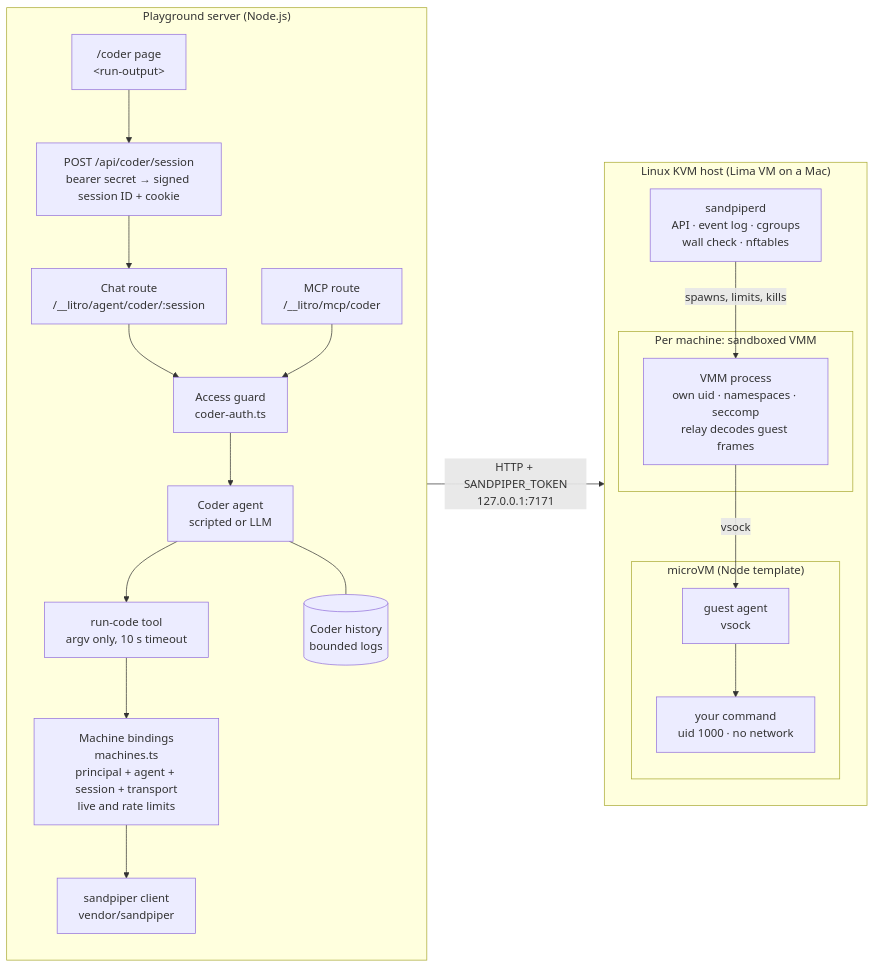
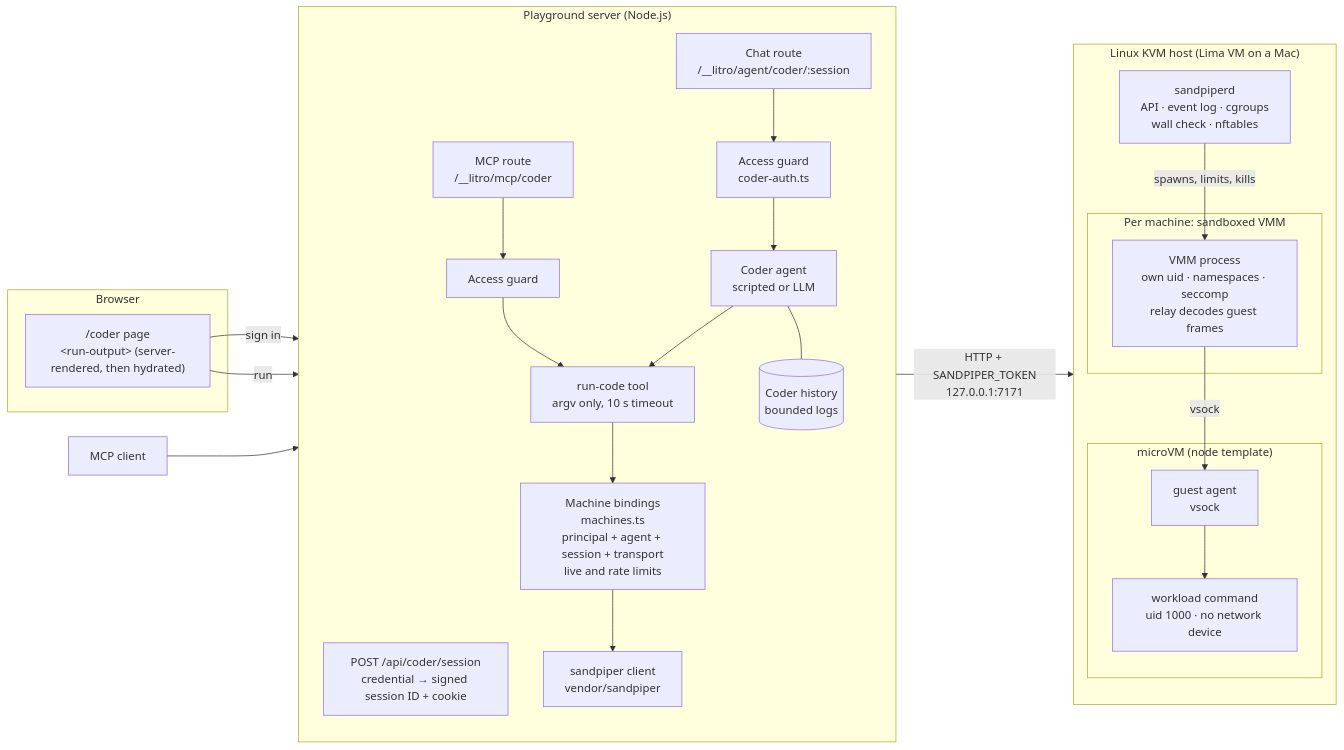
One commit to beatzball/litro changed the diagram in playground/README.md. Above: the diagram before and after it, drawn with Mermaid. The commit also changed other lines of this file, not shown here.

Commit message:
docs(playground): correct the coder architecture diagram

````diff
--- a/playground/README.md
+++ b/playground/README.md
@@ -8,37 +8,43 @@
 ```mermaid
 flowchart LR
-  subgraph mac["Playground server (Node.js)"]
+  subgraph browser["Browser"]
+    page["/coder page<br/>&lt;run-output&gt; (server-rendered, then hydrated)"]
+  end
+  mcpc["MCP client"]
+
+  subgraph server["Playground server (Node.js)"]
     direction TB
-    page["/coder page<br/>&lt;run-output&gt;"]
-    login["POST /api/coder/session<br/>bearer secret → signed session ID + cookie"]
+    login["POST /api/coder/session<br/>credential → signed session ID + cookie"]
     route["Chat route<br/>/__litro/agent/coder/:session"]
     mcp["MCP route<br/>/__litro/mcp/coder"]
     guard["Access guard<br/>coder-auth.ts"]
     agent["Coder agent<br/>scripted or LLM"]
+    store[("Coder history<br/>bounded logs")]
     tool["run-code tool<br/>argv only, 10 s timeout"]
     bind["Machine bindings<br/>machines.ts<br/>principal + agent + session + transport<br/>live and rate limits"]
-    store[("Coder history<br/>bounded logs")]
     client["sandpiper client<br/>vendor/sandpiper"]
-    page --> login --> route
-    route --> guard
-    mcp --> guard
-    guard --> agent --> tool --> bind --> client
+    route --> guard --> agent --> tool
     agent --- store
+    mcp --> guard2["Access guard"] --> tool
+    tool --> bind --> client
   end
 
   subgraph host["Linux KVM host (Lima VM on a Mac)"]
     direction TB
     daemon["sandpiperd<br/>API · event log · cgroups<br/>wall check · nftables"]
     subgraph jail["Per machine: sandboxed VMM"]
       vmm["VMM process<br/>own uid · namespaces · seccomp<br/>relay decodes guest frames"]
     end
-    subgraph vm["microVM (Node template)"]
+    subgraph vm["microVM (node template)"]
       guest["guest agent<br/>vsock"]
-      work["your command<br/>uid 1000 · no network"]
+      work["workload command<br/>uid 1000 · no network device"]
     end
     daemon -->|"spawns, limits, kills"| vmm
     vmm -->|vsock| guest --> work
   end
 
+  page -->|sign in| login
+  page -->|run| route
+  mcpc --> mcp
   client -->|"HTTP + SANDPIPER_TOKEN<br/>127.0.0.1:7171"| daemon
 ```
````
